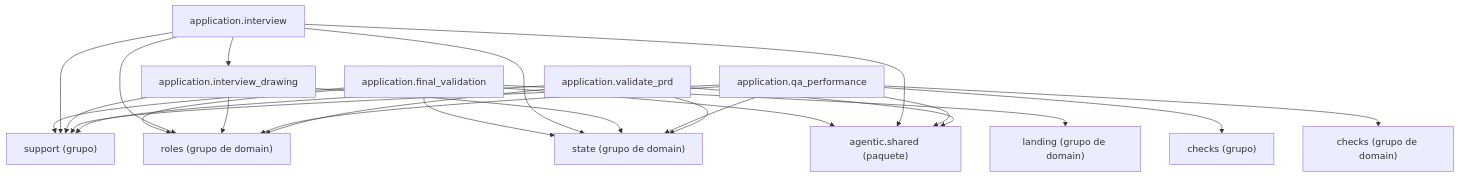
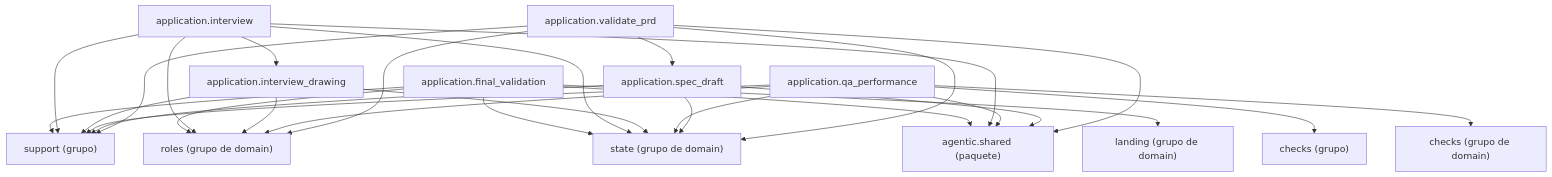
Before and after one commit to GonzaloZevallos/agentic-system: the diagram in docs/architecture/generated/packages-process-application-definition-2.md, drawn with Mermaid. The commit also changed 9 other files, not shown here.

Commit message:
Register spec_draft in the type-checked files and regenerate the architecture docs

````diff
--- a/docs/architecture/generated/packages-process-application-definition-2.md
+++ b/docs/architecture/generated/packages-process-application-definition-2.md
@@ -17,38 +17,43 @@
 ```mermaid
 graph TD
     g_application__checks["checks (grupo)"]
     g_application__support["support (grupo)"]
     g_domain__checks["checks (grupo de domain)"]
     g_domain__landing["landing (grupo de domain)"]
     g_domain__roles["roles (grupo de domain)"]
     g_domain__state["state (grupo de domain)"]
     g_pkg__agentic__shared["agentic.shared (paquete)"]
     m_application__final_validation["application.final_validation"]
     m_application__interview["application.interview"]
     m_application__interview_drawing["application.interview_drawing"]
     m_application__qa_performance["application.qa_performance"]
+    m_application__spec_draft["application.spec_draft"]
     m_application__validate_prd["application.validate_prd"]
     m_application__final_validation --> g_application__support
     m_application__final_validation --> g_domain__landing
     m_application__final_validation --> g_domain__roles
     m_application__final_validation --> g_domain__state
     m_application__final_validation --> g_pkg__agentic__shared
     m_application__interview --> g_application__support
     m_application__interview --> g_domain__roles
     m_application__interview --> g_domain__state
     m_application__interview --> g_pkg__agentic__shared
     m_application__interview --> m_application__interview_drawing
     m_application__interview_drawing --> g_application__support
     m_application__interview_drawing --> g_domain__roles
     m_application__interview_drawing --> g_domain__state
     m_application__qa_performance --> g_application__checks
     m_application__qa_performance --> g_application__support
     m_application__qa_performance --> g_domain__checks
     m_application__qa_performance --> g_domain__roles
     m_application__qa_performance --> g_domain__state
     m_application__qa_performance --> g_pkg__agentic__shared
+    m_application__spec_draft --> g_application__support
+    m_application__spec_draft --> g_domain__state
+    m_application__spec_draft --> g_pkg__agentic__shared
     m_application__validate_prd --> g_application__support
     m_application__validate_prd --> g_domain__roles
     m_application__validate_prd --> g_domain__state
     m_application__validate_prd --> g_pkg__agentic__shared
+    m_application__validate_prd --> m_application__spec_draft
 ```
````
